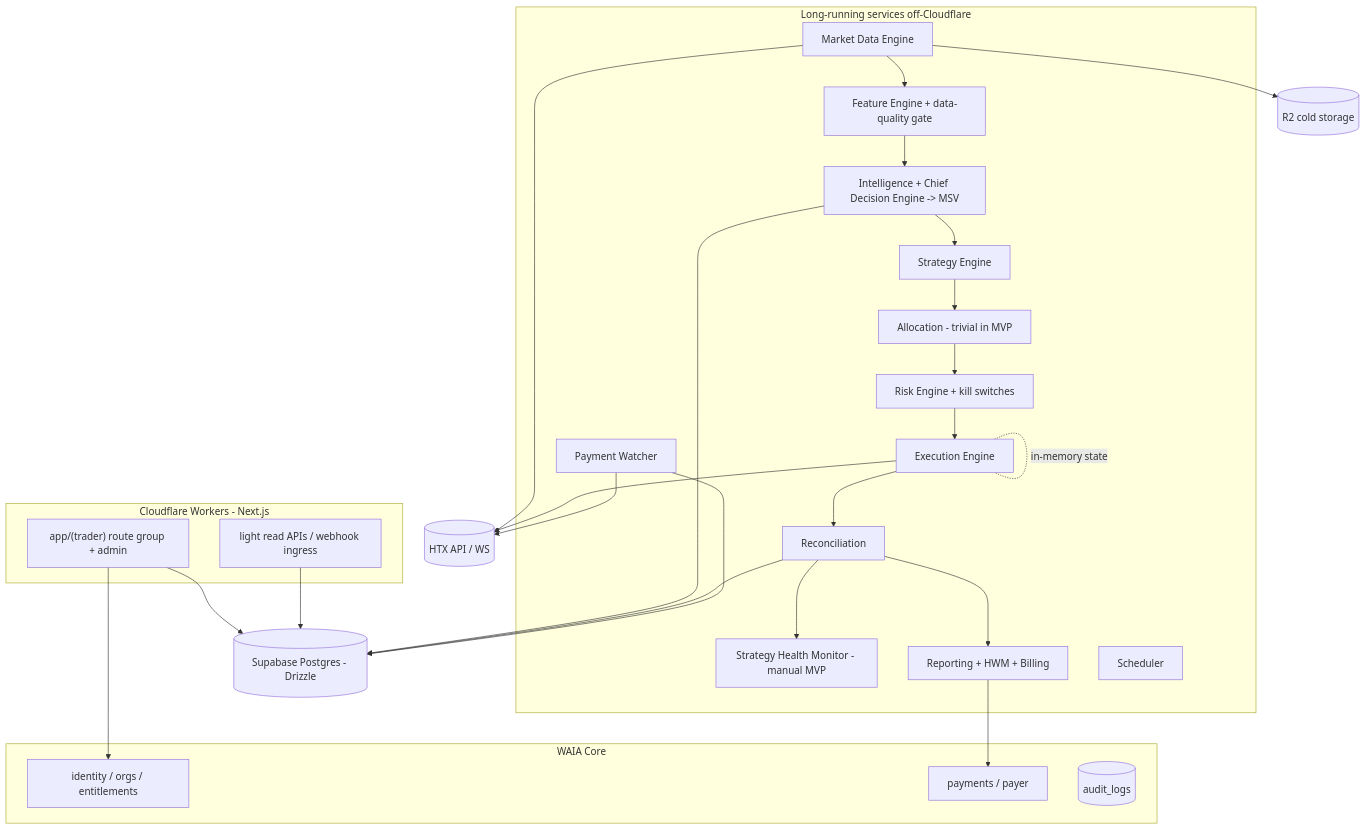
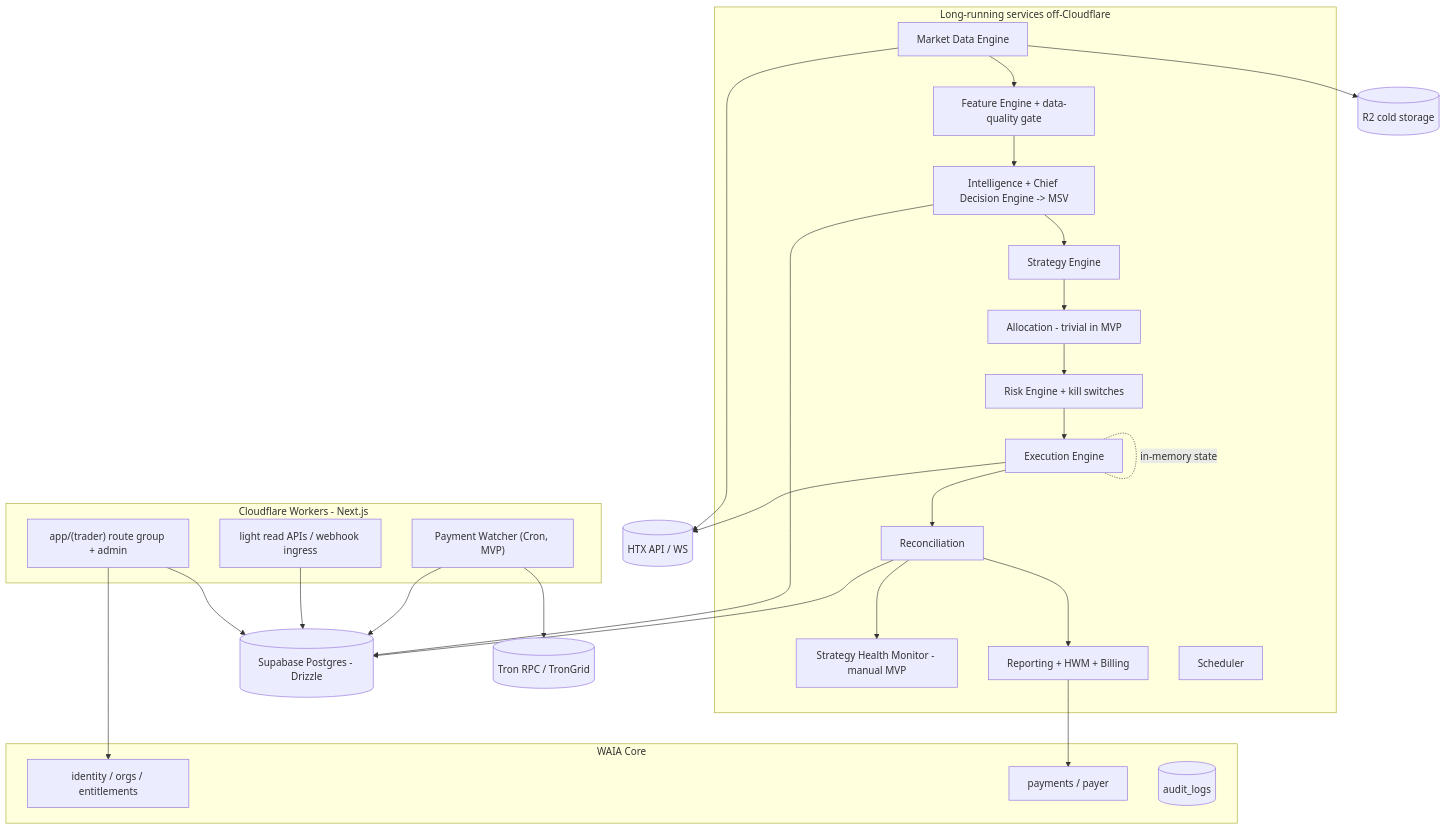
The diagram in docs/ai-trader/AI-TRADER-MASTER-SPEC-v2.md (oumaster369/waia), drawn with Mermaid before and after one commit. The commit also changed other lines of this file and 4 other files, not shown here.

First line of the commit message:
DEE-319 docs(adr): ratify Payment Watcher architecture (ADR-0014, ADR-0015)

````diff
--- a/docs/ai-trader/AI-TRADER-MASTER-SPEC-v2.md
+++ b/docs/ai-trader/AI-TRADER-MASTER-SPEC-v2.md
@@ -77,46 +78,47 @@
 ```mermaid
 flowchart TB
   subgraph core [WAIA Core]
     ID[identity / orgs / entitlements]
     PAY[payments / payer]
     AUD[(audit_logs)]
   end
 
   subgraph web [Cloudflare Workers - Next.js]
     UI["app/(trader) route group + admin"]
     LAPI[light read APIs / webhook ingress]
+    PW["Payment Watcher (Cron, MVP)"]
   end
 
   subgraph svc [Long-running services off-Cloudflare]
     MD[Market Data Engine]
     FE[Feature Engine + data-quality gate]
     INT[Intelligence + Chief Decision Engine -> MSV]
     STR[Strategy Engine]
     ALLOC[Allocation - trivial in MVP]
     RISK[Risk Engine + kill switches]
     EXE[Execution Engine]
     REC[Reconciliation]
     SHM[Strategy Health Monitor - manual MVP]
     RB[Reporting + HWM + Billing]
-    PW[Payment Watcher]
     SCH[Scheduler]
   end
 
   PG[(Supabase Postgres - Drizzle)]
   R2[(R2 cold storage)]
   HTX[(HTX API / WS)]
+  TRON[(Tron RPC / TronGrid)]
 
   UI --> ID
   UI --> PG
   LAPI --> PG
   MD --> HTX
   MD --> R2
   MD --> FE --> INT --> PG
   INT --> STR --> ALLOC --> RISK --> EXE --> HTX
   EXE --> REC --> PG
   REC --> SHM
   REC --> RB --> PAY
-  PW --> HTX
+  PW --> TRON
   PW --> PG
   EXE -. in-memory state .- EXE
 ```
````
